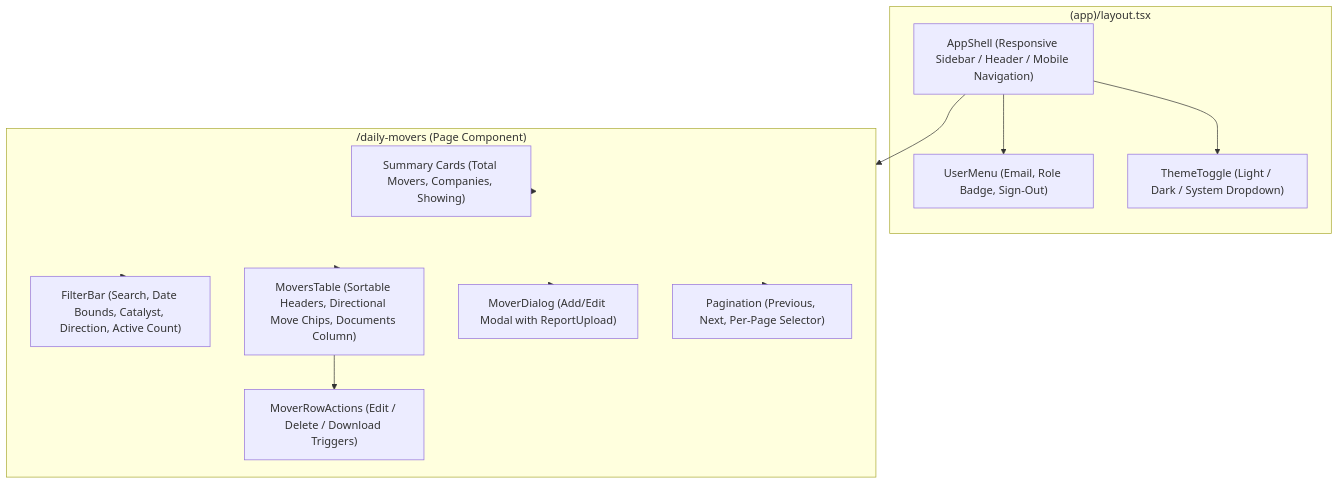
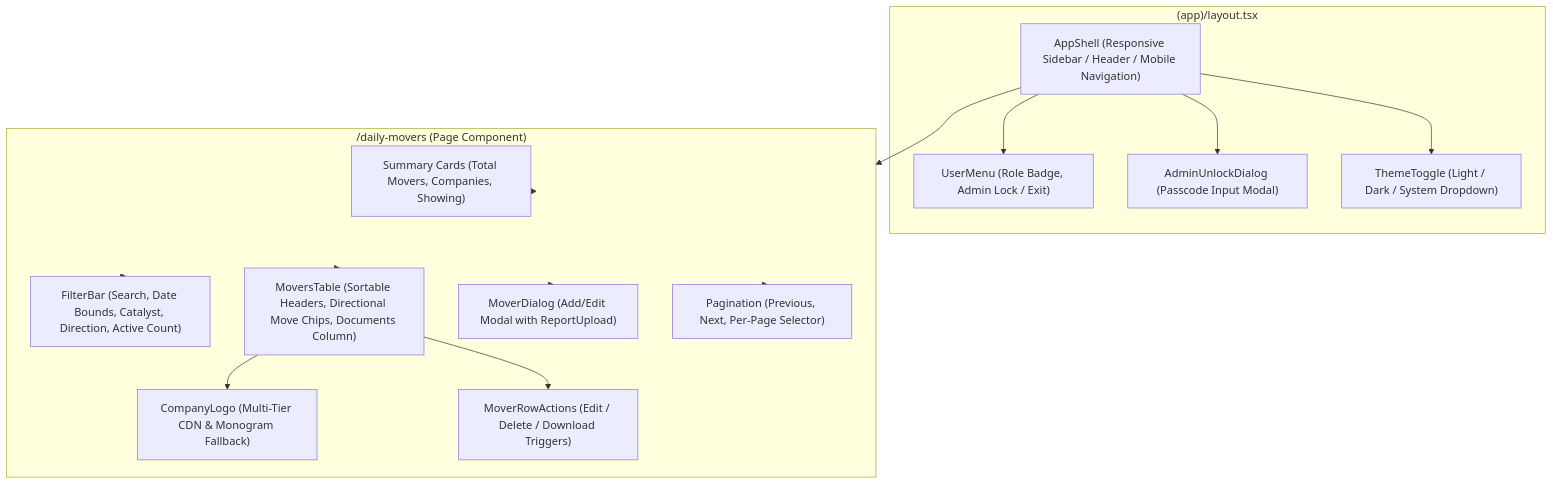
One commit to Vitti-Capital-Tech/daily-movers-dashboard changed the fifth of 5 diagrams in docs/LLD.md. Above: the diagram before and after it, drawn with Mermaid. The commit also changed other lines of this file and 2 other files, not shown here.

````diff
--- a/docs/LLD.md
+++ b/docs/LLD.md
@@ -354,27 +354,31 @@
 ```mermaid
 graph TD
     subgraph Layout["(app)/layout.tsx"]
         Shell["AppShell (Responsive Sidebar / Header / Mobile Navigation)"]
-        UserMenu["UserMenu (Email, Role Badge, Sign-Out)"]
+        UserMenu["UserMenu (Role Badge, Admin Lock / Exit)"]
+        Unlock["AdminUnlockDialog (Passcode Input Modal)"]
         Toggle["ThemeToggle (Light / Dark / System Dropdown)"]
     end
 
     subgraph DailyMoversPage["/daily-movers (Page Component)"]
         Summary["Summary Cards (Total Movers, Companies, Showing)"]
         Filter["FilterBar (Search, Date Bounds, Catalyst, Direction, Active Count)"]
         Table["MoversTable (Sortable Headers, Directional Move Chips, Documents Column)"]
         Dialog["MoverDialog (Add/Edit Modal with ReportUpload)"]
+        Logo["CompanyLogo (Multi-Tier CDN & Monogram Fallback)"]
         RowActions["MoverRowActions (Edit / Delete / Download Triggers)"]
         Pager["Pagination (Previous, Next, Per-Page Selector)"]
     end
 
     Shell --> UserMenu
+    Shell --> Unlock
     Shell --> Toggle
     Shell --> DailyMoversPage
     DailyMoversPage --> Summary
     DailyMoversPage --> Filter
     DailyMoversPage --> Table
     DailyMoversPage --> Dialog
     DailyMoversPage --> Pager
+    Table --> Logo
     Table --> RowActions
 ```
````
